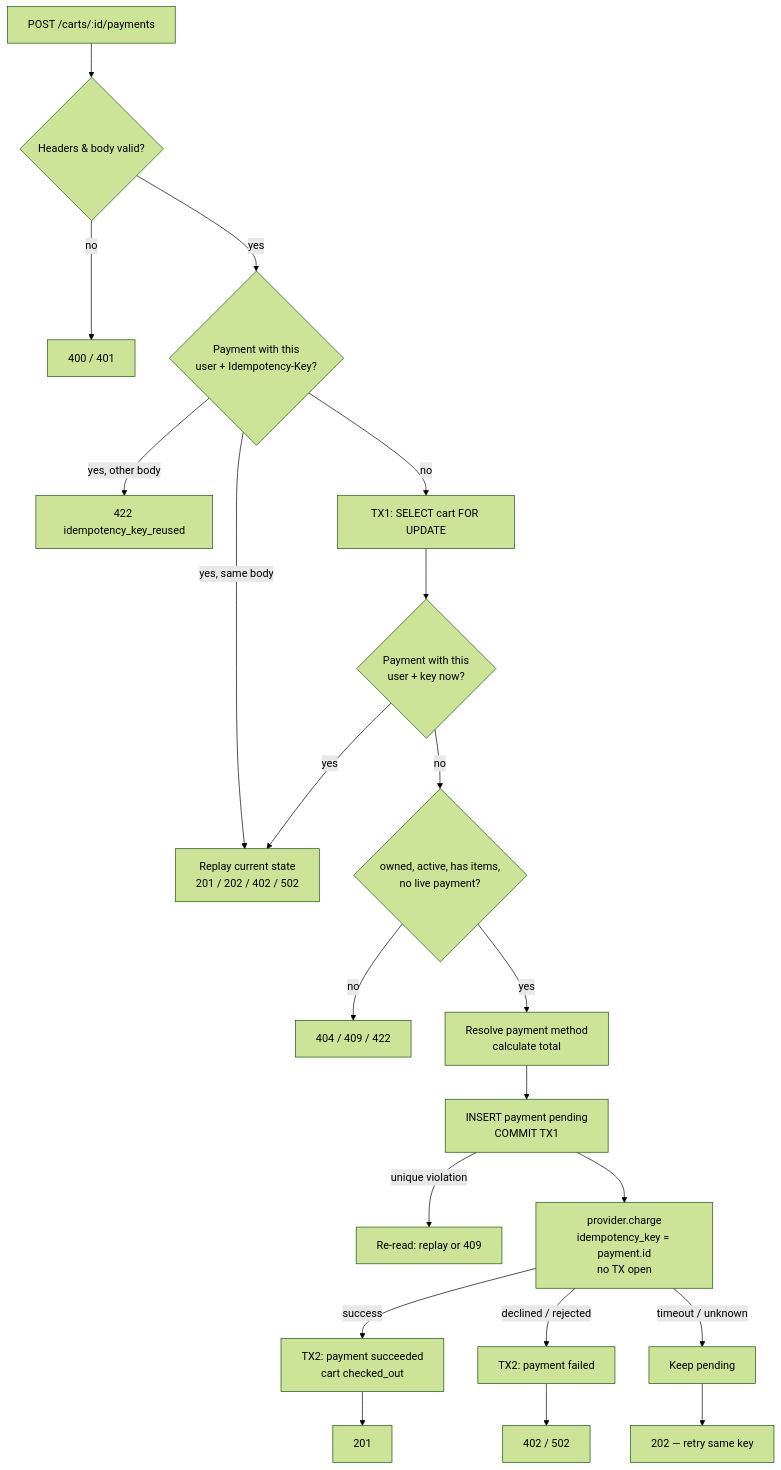
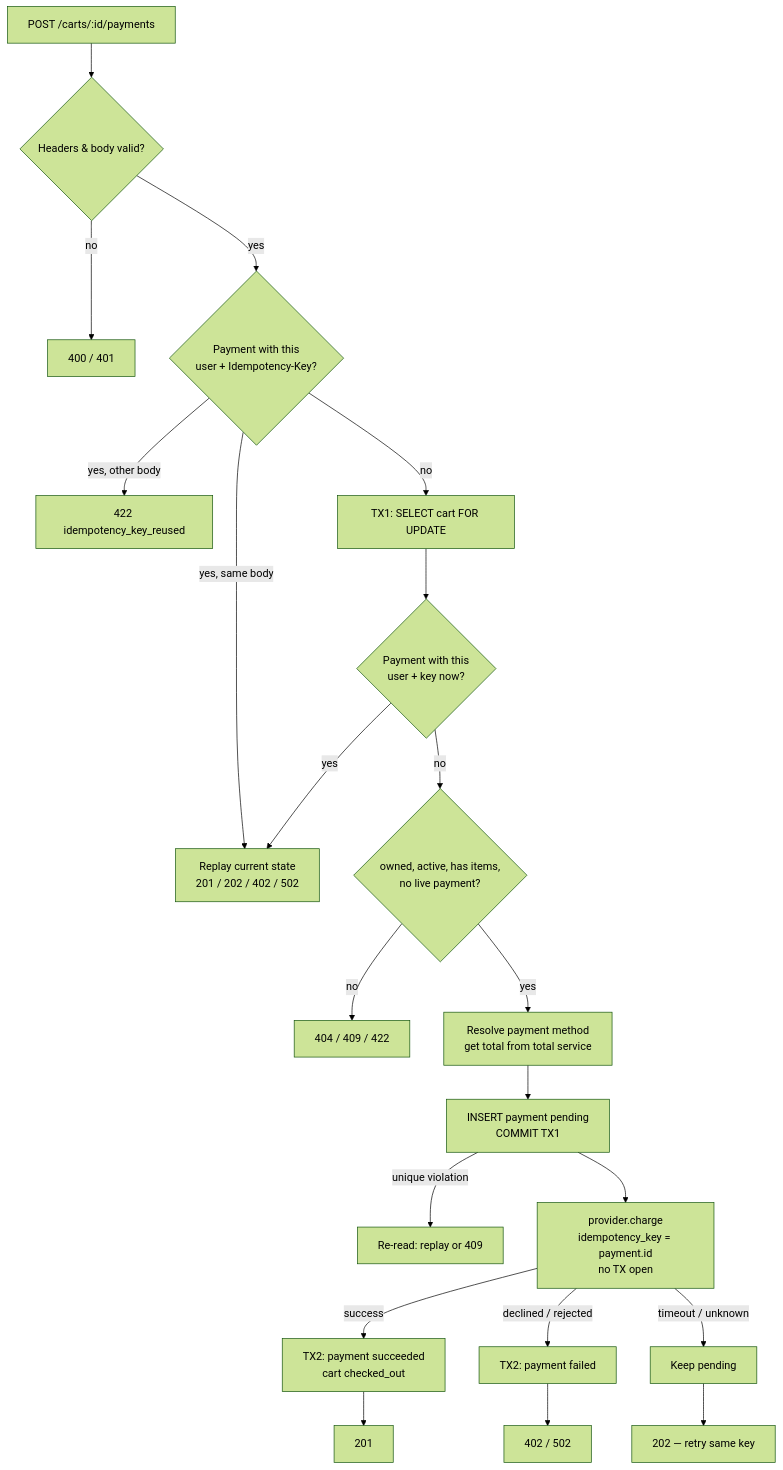
The first of 3 diagrams in docs/tech-spec.md (andriisem/shop-payments-api), drawn with Mermaid (forest theme) before and after one commit. The commit also changed other lines of this file and 3 other files, not shown here.

First line of the commit message:
fix: validate the amount and currency returned by the total service

````diff
--- a/docs/tech-spec.md
+++ b/docs/tech-spec.md
@@ -84,23 +84,23 @@
 ```mermaid
 flowchart TD
     A[POST /carts/:id/payments] --> V{Headers & body valid?}
     V -- no --> V1[400 / 401]
     V -- yes --> B{Payment with this<br/>user + Idempotency-Key?}
     B -- yes, same body --> R[Replay current state<br/>201 / 202 / 402 / 502]
     B -- yes, other body --> R2[422 idempotency_key_reused]
     B -- no --> C[TX1: SELECT cart FOR UPDATE]
     C --> C2{Payment with this<br/>user + key now?}
     C2 -- yes --> R
     C2 -- no --> D{owned, active, has items,<br/>no live payment?}
     D -- no --> E[404 / 409 / 422]
-    D -- yes --> F[Resolve payment method<br/>calculate total]
+    D -- yes --> F[Resolve payment method<br/>get total from total service]
     F --> G[INSERT payment pending<br/>COMMIT TX1]
     G -- unique violation --> G2[Re-read: replay or 409]
     G --> I[provider.charge<br/>idempotency_key = payment.id<br/>no TX open]
     I -- success --> J[TX2: payment succeeded<br/>cart checked_out]
     I -- declined / rejected --> K[TX2: payment failed]
     I -- timeout / unknown --> L[Keep pending]
     J --> M[201]
     K --> N[402 / 502]
     L --> O[202 — retry same key]
 ```
````
